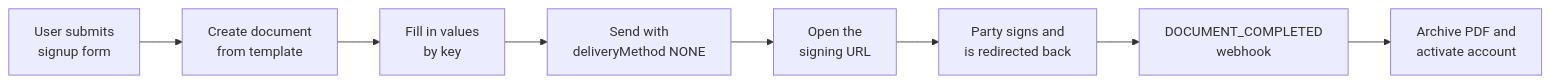
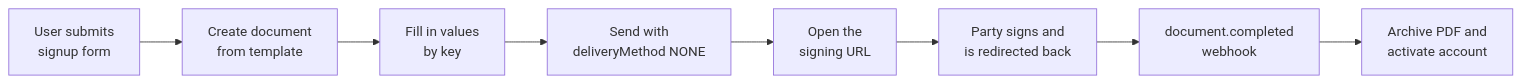
The diagram in guides/documents/onboarding-signing-flow.mdx (sajn-se/sajn-docs), drawn with Mermaid before and after one commit. The commit also changed other lines of this file and 83 other files, not shown here.

````diff
--- a/guides/documents/onboarding-signing-flow.mdx
+++ b/guides/documents/onboarding-signing-flow.mdx
@@ -13,10 +13,10 @@
 ```mermaid
 graph LR
     A[User submits<br/>signup form] --> B[Create document<br/>from template]
     B --> C[Fill in values<br/>by key]
     C --> D[Send with<br/>deliveryMethod NONE]
     D --> E[Open the<br/>signing URL]
     E --> F[Party signs and<br/>is redirected back]
-    F --> G[DOCUMENT_COMPLETED<br/>webhook]
+    F --> G[document.completed<br/>webhook]
     G --> H[Archive PDF and<br/>activate account]
 ```
````
